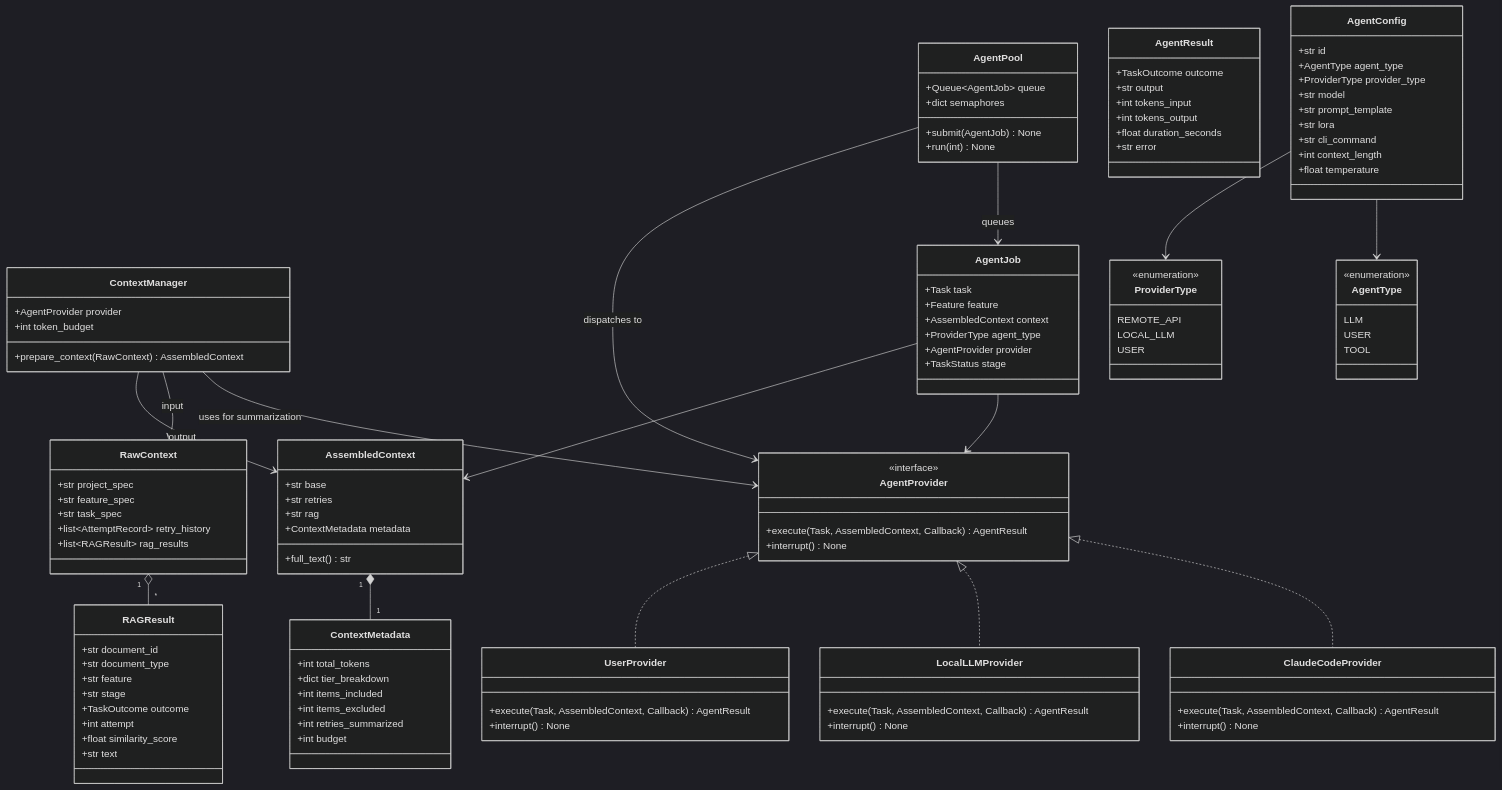
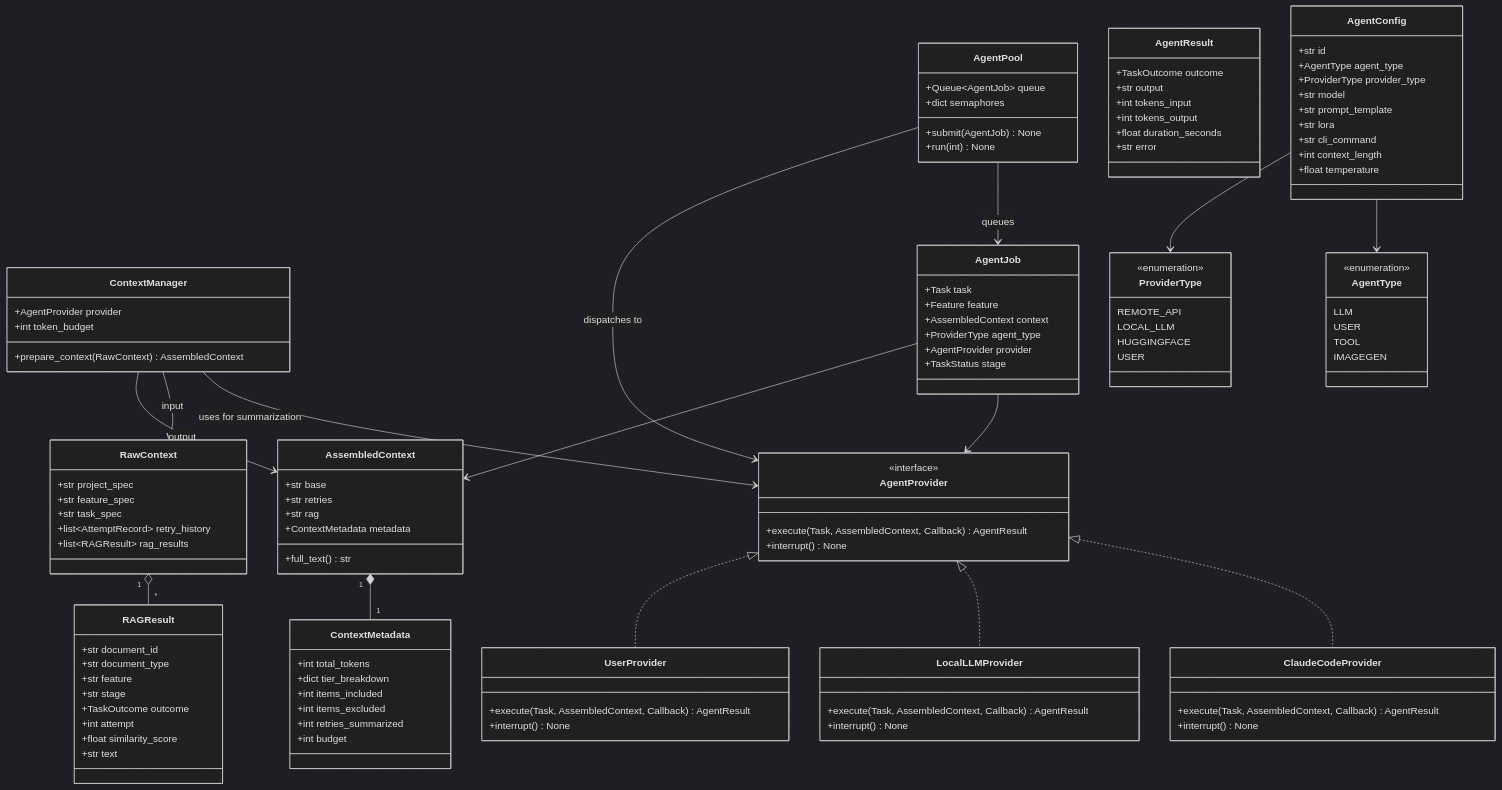
One commit to gpalumbo/pct changed the second of 6 diagrams in docs/object_model.md. Above: the diagram before and after it, drawn with Mermaid (dark theme). The commit also changed other lines of this file and 16 other files, not shown here.

```diff
--- a/docs/object_model.md
+++ b/docs/object_model.md
@@ -833,12 +948,14 @@
         LLM
         USER
         TOOL
+        IMAGEGEN
     }
 
     class ProviderType {
         <<enumeration>>
         REMOTE_API
         LOCAL_LLM
+        HUGGINGFACE
         USER
     }
 
```
